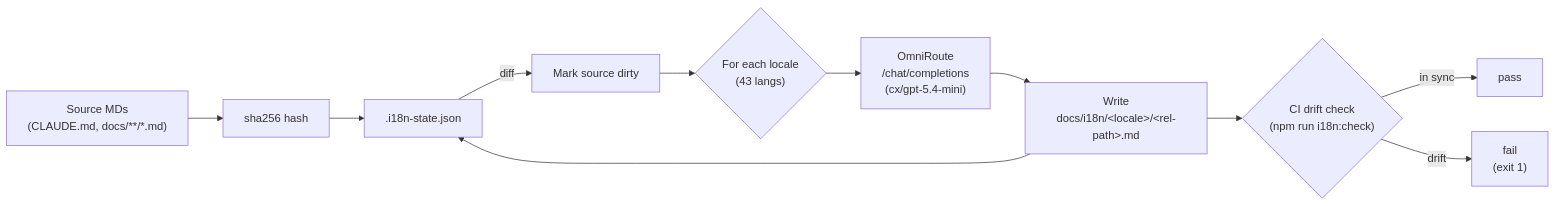
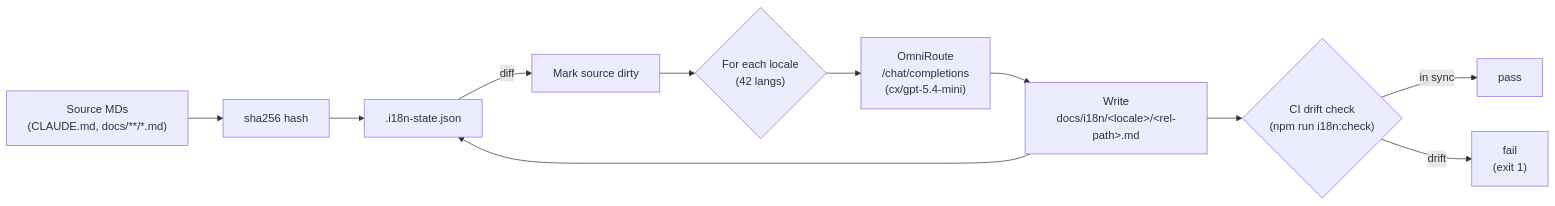
One commit to niyatna/NiyatnaRoute changed the diagram in docs/diagrams/i18n-flow.mmd. Above: the diagram before and after it, drawn with Mermaid. The commit also changed 1205 other files, not shown here.

```diff
--- a/docs/diagrams/i18n-flow.mmd
+++ b/docs/diagrams/i18n-flow.mmd
@@ -1,14 +1,14 @@
 %% Incremental hash-based i18n pipeline
 %% Reflects: scripts/i18n/* and docs/i18n/<locale>/*.md mirror layout
 %% v3.8.0
 flowchart LR
   Src["Source MDs<br/>(CLAUDE.md, docs/**/*.md)"] --> Hash["sha256 hash"]
   Hash --> State[".i18n-state.json"]
   State -->|diff| Dirty["Mark source dirty"]
-  Dirty --> Loop{"For each locale<br/>(43 langs)"}
+  Dirty --> Loop{"For each locale<br/>(42 langs)"}
   Loop --> LLM["OmniRoute<br/>/chat/completions<br/>(cx/gpt-5.4-mini)"]
   LLM --> Target["Write<br/>docs/i18n/&lt;locale&gt;/&lt;rel-path&gt;.md"]
   Target --> State
   Target --> CI{"CI drift check<br/>(npm run i18n:check)"}
   CI -->|in sync| Pass["pass"]
   CI -->|drift| Fail["fail<br/>(exit 1)"]
```
